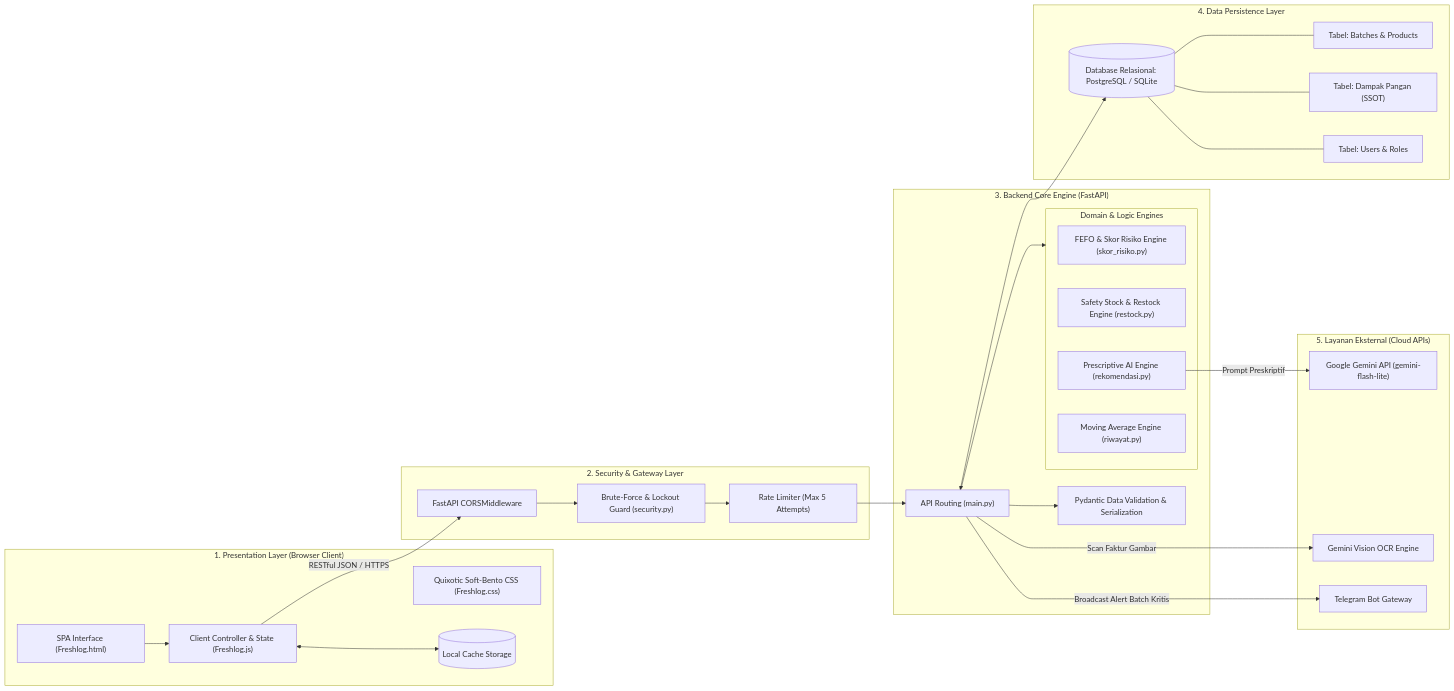
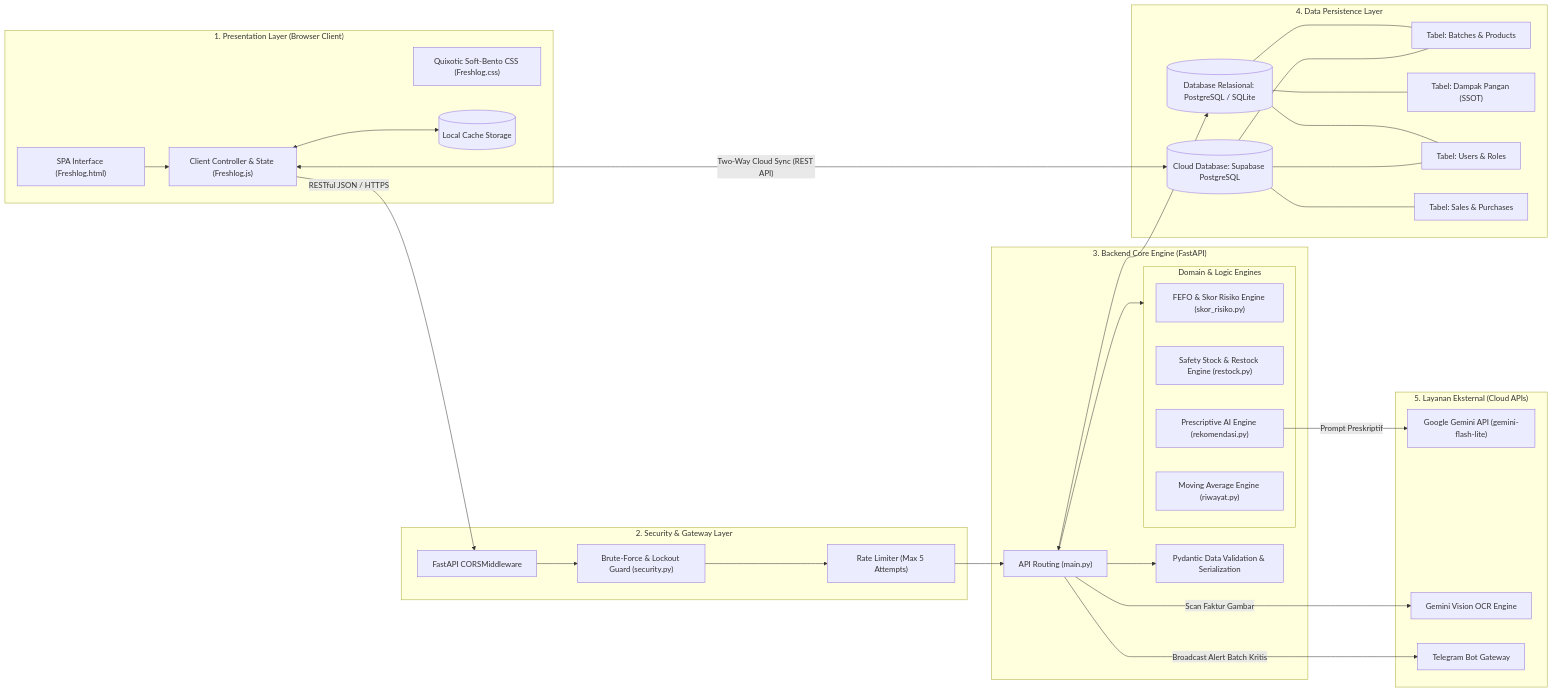
Before and after one commit to razifakhruddin9/freshlog-system: the first of 2 diagrams in README.md, drawn with Mermaid. The commit also changed other lines of this file, not shown here.

Commit message:
docs: perbarui dokumentasi integrasi Supabase cloud, panduan setup, dan hak akses admin di README

````diff
--- a/README.md
+++ b/README.md
@@ -105,62 +108,68 @@
 ```mermaid
 flowchart LR
     subgraph ClientLayer ["1. Presentation Layer (Browser Client)"]
         UI["SPA Interface (Freshlog.html)"]
         CSS["Quixotic Soft-Bento CSS (Freshlog.css)"]
         JS["Client Controller & State (Freshlog.js)"]
         Store[("Local Cache Storage")]
     end
 
     subgraph GatewayLayer ["2. Security & Gateway Layer"]
         CORS["FastAPI CORSMiddleware"]
         SecFilter["Brute-Force & Lockout Guard (security.py)"]
         RateLimit["Rate Limiter (Max 5 Attempts)"]
     end
 
     subgraph BackendLayer ["3. Backend Core Engine (FastAPI)"]
         Router["API Routing (main.py)"]
         
         subgraph DomainEngines ["Domain & Logic Engines"]
             RisikoEngine["FEFO & Skor Risiko Engine (skor_risiko.py)"]
             RestockEngine["Safety Stock & Restock Engine (restock.py)"]
             DecisionEngine["Prescriptive AI Engine (rekomendasi.py)"]
             HistoryEngine["Moving Average Engine (riwayat.py)"]
         end
         
         Pydantic["Pydantic Data Validation & Serialization"]
     end
 
     subgraph DataLayer ["4. Data Persistence Layer"]
+        Supabase[("Cloud Database: Supabase PostgreSQL")]
         DB[("Database Relasional: PostgreSQL / SQLite")]
         TblBatch["Tabel: Batches & Products"]
         TblDampak["Tabel: Dampak Pangan (SSOT)"]
         TblUsers["Tabel: Users & Roles"]
+        TblSales["Tabel: Sales & Purchases"]
     end
 
     subgraph ExternalServices ["5. Layanan Eksternal (Cloud APIs)"]
         GeminiLLM["Google Gemini API (gemini-flash-lite)"]
         GeminiVision["Gemini Vision OCR Engine"]
         TelegramAPI["Telegram Bot Gateway"]
     end
 
-    %% Relasi Client ke Gateway
+    %% Relasi Client ke Gateway & Cloud Sync
     UI --> JS
     JS <--> Store
+    JS <-- "Two-Way Cloud Sync (REST API)" --> Supabase
     JS -- "RESTful JSON / HTTPS" --> CORS
     CORS --> SecFilter --> RateLimit --> Router
 
     %% Relasi Backend Router ke Logic
     Router --> Pydantic
     Router --> DomainEngines
 
     %% Relasi Logic ke Database
     Router <--> DB
     DB --- TblBatch
     DB --- TblDampak
     DB --- TblUsers
+    Supabase --- TblBatch
+    Supabase --- TblSales
+    Supabase --- TblUsers
 
     %% Relasi ke External APIs
     DecisionEngine -- "Prompt Preskriptif" --> GeminiLLM
     Router -- "Scan Faktur Gambar" --> GeminiVision
     Router -- "Broadcast Alert Batch Kritis" --> TelegramAPI
 ```
````
